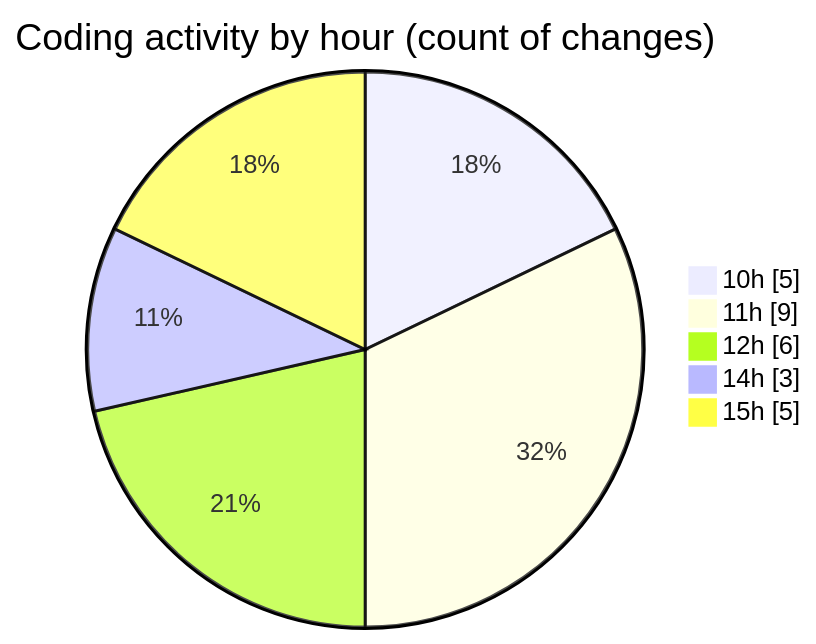
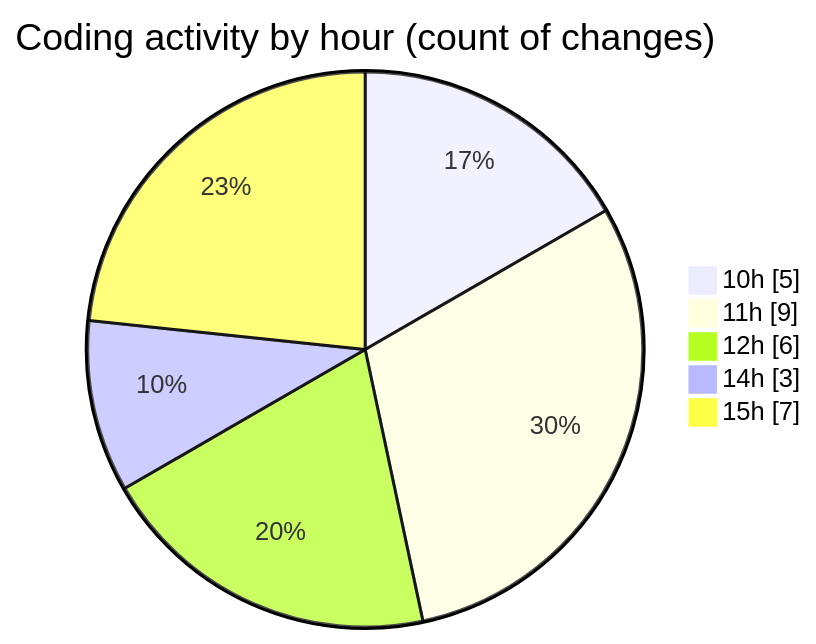
One commit to nxtqubesakshisongat/code-tracking changed the second of 2 diagrams in 2025-08-11/nxtqube_webapp/README.md. Above: the diagram before and after it, drawn with Mermaid. The commit also changed other lines of this file and 1 other file, not shown here.

````diff
--- a/2025-08-11/nxtqube_webapp/README.md
+++ b/2025-08-11/nxtqube_webapp/README.md
@@ -29,9 +29,9 @@
 ```mermaid
 pie showData
 title Coding activity by hour (count of changes)
 "10h" : 5
 "11h" : 9
 "12h" : 6
 "14h" : 3
-"15h" : 5
+"15h" : 7
 ```
````
